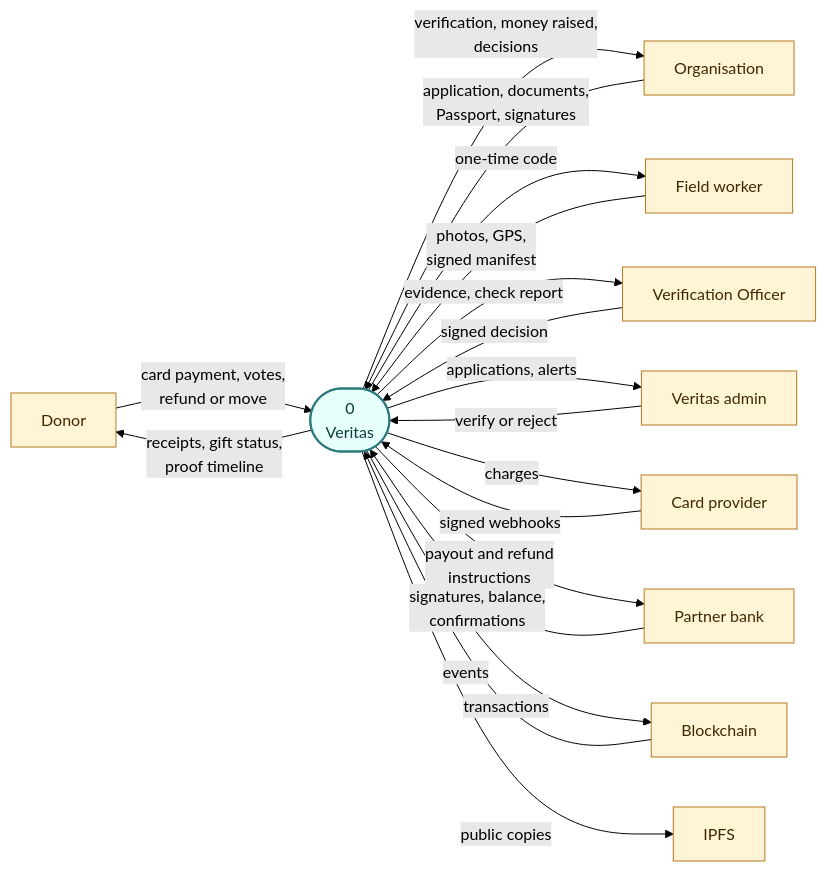
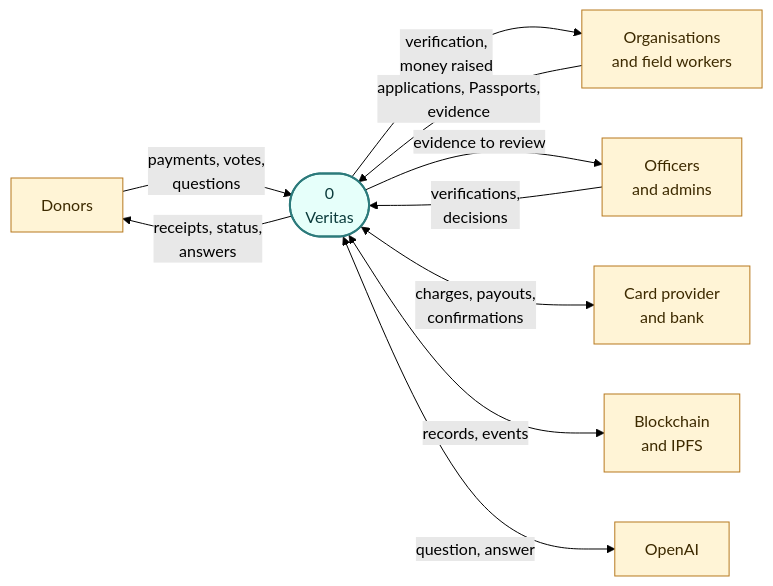
Before and after one commit to eminroot/veritas: the diagram in docs/diagrams/dfd-level-0.md, drawn with Mermaid (forest theme). The commit also changed 50 other files, not shown here.

First line of the commit message:
Readme: a high-level view of the system, in fewer and smaller diagrams

````diff
--- a/docs/diagrams/dfd-level-0.md
+++ b/docs/diagrams/dfd-level-0.md
@@ -5,34 +5,24 @@
 ```mermaid
 flowchart LR
     classDef ext fill:#FFF4D6,stroke:#B7791F,color:#3D2A00
     classDef proc fill:#E6FFFA,stroke:#2C7A7B,color:#0B3B3B,stroke-width:2px
+    classDef store fill:#F1F5F9,stroke:#475569,color:#0F172A
 
-    donor["Donor"]:::ext
-    org["Organisation"]:::ext
-    field["Field worker"]:::ext
-    officer["Verification Officer"]:::ext
-    admin["Veritas admin"]:::ext
+    donor["Donors"]:::ext
+    org["Organisations<br/>and field workers"]:::ext
+    check["Officers<br/>and admins"]:::ext
     V(["0<br/>Veritas"]):::proc
-    card["Card provider"]:::ext
-    bank["Partner bank"]:::ext
-    chain["Blockchain"]:::ext
-    ipfs["IPFS"]:::ext
+    pay["Card provider<br/>and bank"]:::ext
+    pub["Blockchain<br/>and IPFS"]:::ext
+    ai["OpenAI"]:::ext
 
-    donor -- "card payment, votes,<br/>refund or move" --> V
-    V -- "receipts, gift status,<br/>proof timeline" --> donor
-    org -- "application, documents,<br/>Passport, signatures" --> V
-    V -- "verification, money raised,<br/>decisions" --> org
-    field -- "photos, GPS,<br/>signed manifest" --> V
-    V -- "one-time code" --> field
-    officer -- "signed decision" --> V
-    V -- "evidence, check report" --> officer
-    admin -- "verify or reject" --> V
-    V -- "applications, alerts" --> admin
-    V -- "charges" --> card
-    card -- "signed webhooks" --> V
-    V -- "payout and refund<br/>instructions" --> bank
-    bank -- "signatures, balance,<br/>confirmations" --> V
-    V -- "transactions" --> chain
-    chain -- "events" --> V
-    V -- "public copies" --> ipfs
+    donor -- "payments, votes,<br/>questions" --> V
+    V -- "receipts, status,<br/>answers" --> donor
+    org -- "applications, Passports,<br/>evidence" --> V
+    V -- "verification,<br/>money raised" --> org
+    check -- "verifications,<br/>decisions" --> V
+    V -- "evidence to review" --> check
+    V <-->|"charges, payouts,<br/>confirmations"| pay
+    V <-->|"records, events"| pub
+    V <-->|"question, answer"| ai
 ```
````
